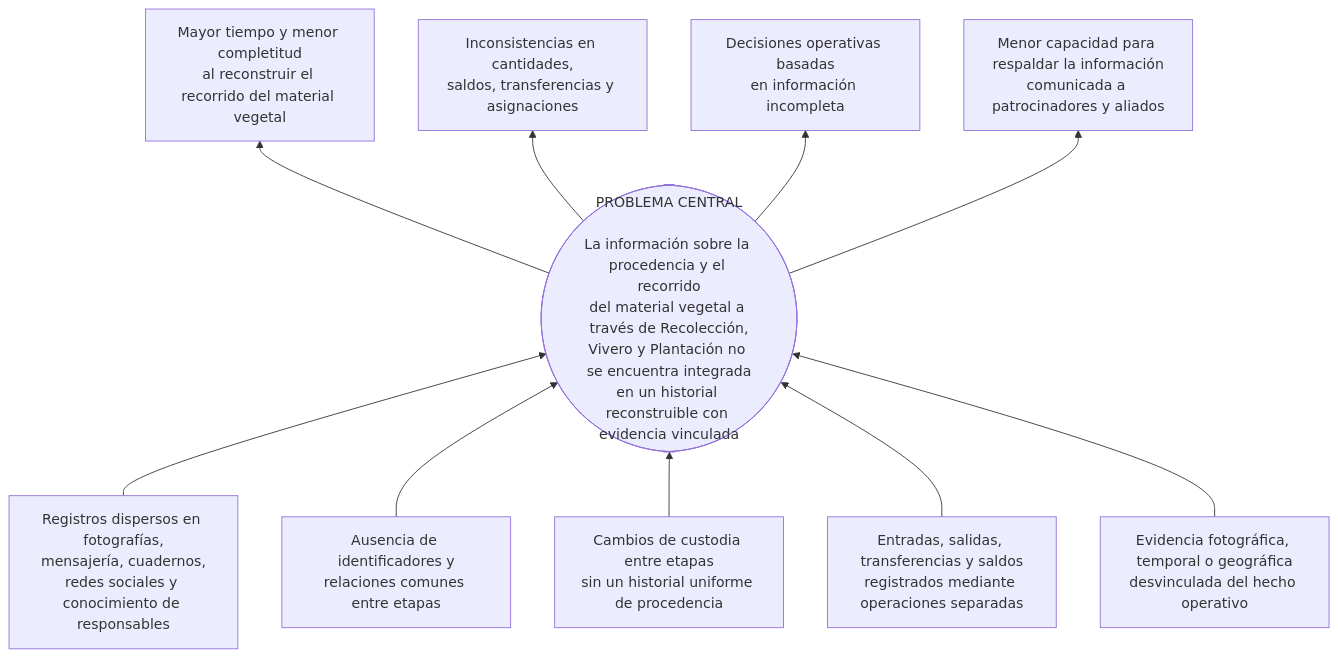
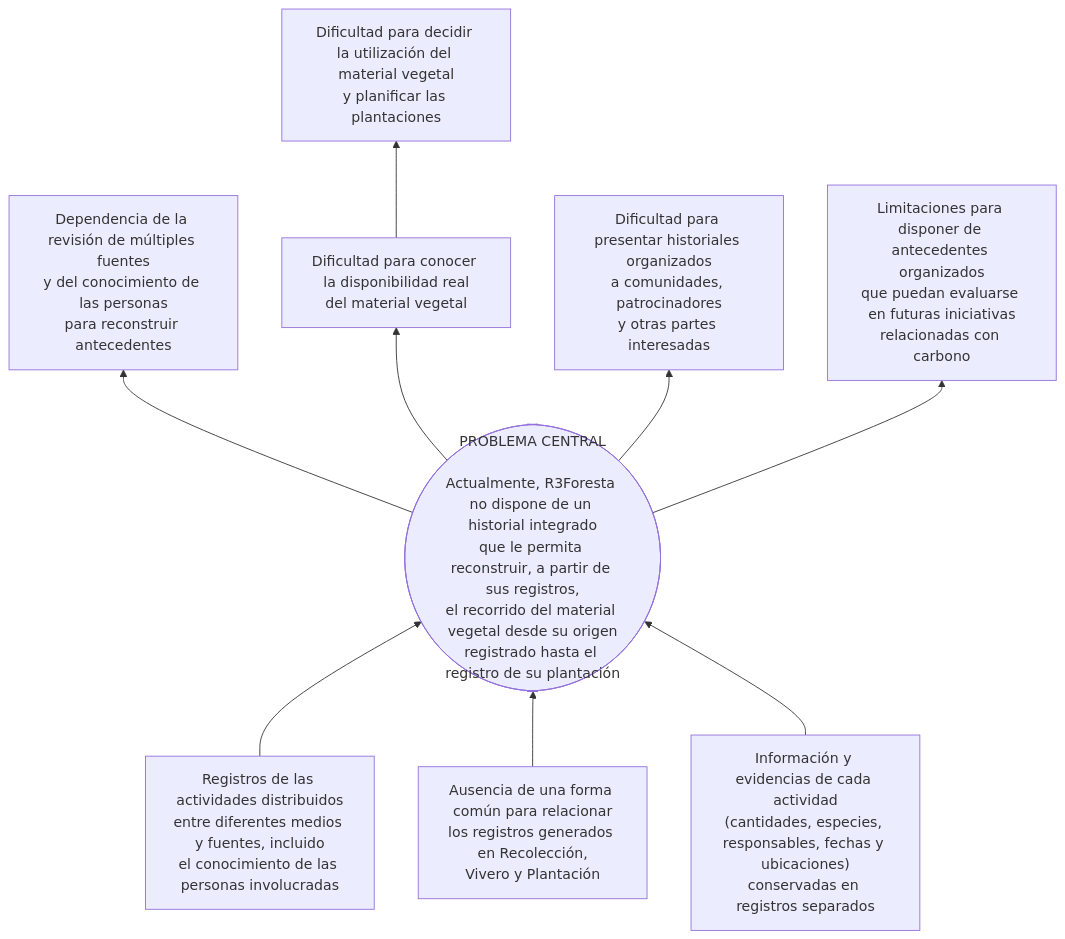
One commit to R3foresta/r3foresta-docs changed the diagram in documentacion-grado/06_entregables/proyecto_grado/01_capitulo_marco_introductorio.md. Above: the diagram before and after it, drawn with Mermaid. The commit also changed other lines of this file and 33 other files, not shown here.

````diff
--- a/documentacion-grado/06_entregables/proyecto_grado/01_capitulo_marco_introductorio.md
+++ b/documentacion-grado/06_entregables/proyecto_grado/01_capitulo_marco_introductorio.md
@@ -84,25 +84,23 @@
 ```mermaid
 flowchart BT
-    C1["Registros dispersos en fotografías,<br/>mensajería, cuadernos,<br/>redes sociales y conocimiento de responsables"]
-    C2["Ausencia de identificadores y<br/>relaciones comunes entre etapas"]
-    C3["Cambios de custodia entre etapas<br/>sin un historial uniforme de procedencia"]
-    C4["Entradas, salidas, transferencias y saldos<br/>registrados mediante operaciones separadas"]
-    C5["Evidencia fotográfica, temporal o geográfica<br/>desvinculada del hecho operativo"]
+    C1["Registros de las actividades distribuidos<br/>entre diferentes medios y fuentes, incluido<br/>el conocimiento de las personas involucradas"]
+    C2["Ausencia de una forma común para relacionar<br/>los registros generados en Recolección,<br/>Vivero y Plantación"]
+    C3["Información y evidencias de cada actividad<br/>(cantidades, especies, responsables, fechas y ubicaciones)<br/>conservadas en registros separados"]
 
-    P(["PROBLEMA CENTRAL<br/><br/>La información sobre la procedencia y el recorrido<br/>del material vegetal a través de Recolección,<br/>Vivero y Plantación no se encuentra integrada<br/>en un historial reconstruible con evidencia vinculada"])
+    P(["PROBLEMA CENTRAL<br/><br/>Actualmente, R3Foresta no dispone de un historial integrado<br/>que le permita reconstruir, a partir de sus registros,<br/>el recorrido del material vegetal desde su origen<br/>registrado hasta el registro de su plantación"])
 
-    E1["Mayor tiempo y menor completitud<br/>al reconstruir el recorrido del material vegetal"]
-    E2["Inconsistencias en cantidades,<br/>saldos, transferencias y asignaciones"]
-    E3["Decisiones operativas basadas<br/>en información incompleta"]
-    E4["Menor capacidad para respaldar la información<br/>comunicada a patrocinadores y aliados"]
+    E1["Dependencia de la revisión de múltiples fuentes<br/>y del conocimiento de las personas<br/>para reconstruir antecedentes"]
+    E2["Dificultad para conocer la disponibilidad real<br/>del material vegetal"]
+    E3["Dificultad para decidir la utilización del material vegetal<br/>y planificar las plantaciones"]
+    E4["Dificultad para presentar historiales organizados<br/>a comunidades, patrocinadores<br/>y otras partes interesadas"]
+    E5["Limitaciones para disponer de antecedentes organizados<br/>que puedan evaluarse en futuras iniciativas<br/>relacionadas con carbono"]
 
     C1 --> P
     C2 --> P
     C3 --> P
-    C4 --> P
-    C5 --> P
     P --> E1
     P --> E2
-    P --> E3
+    E2 --> E3
     P --> E4
+    P --> E5
 ```
````
